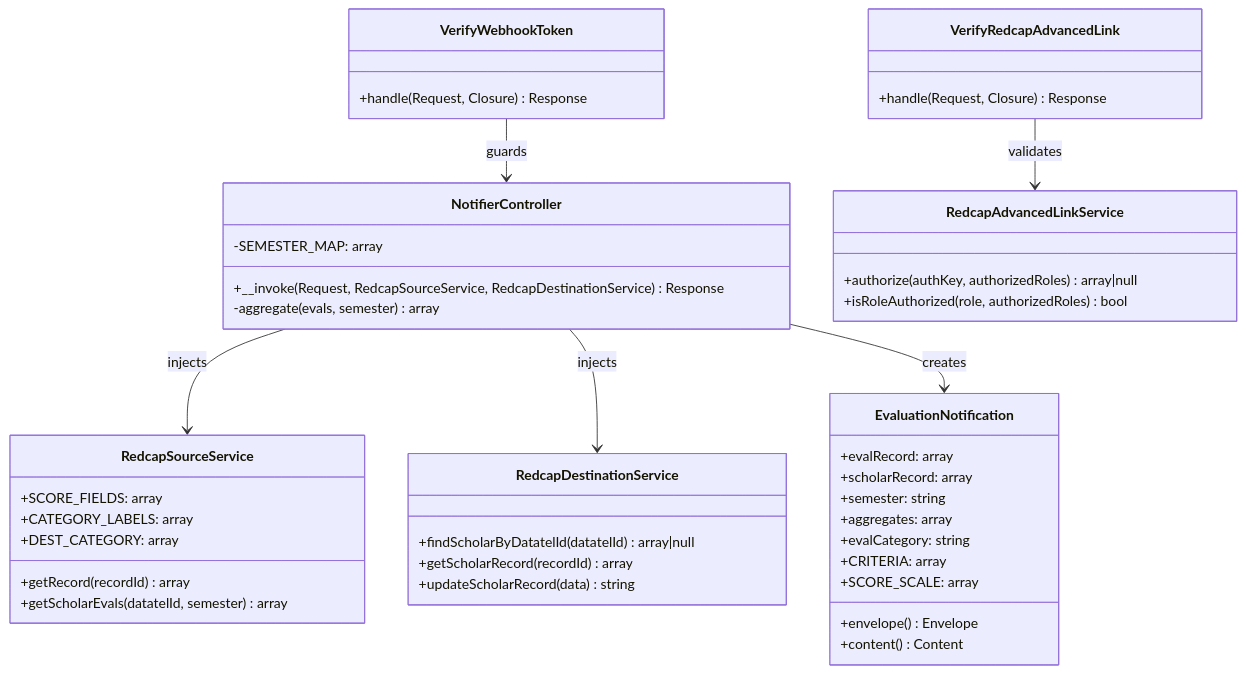
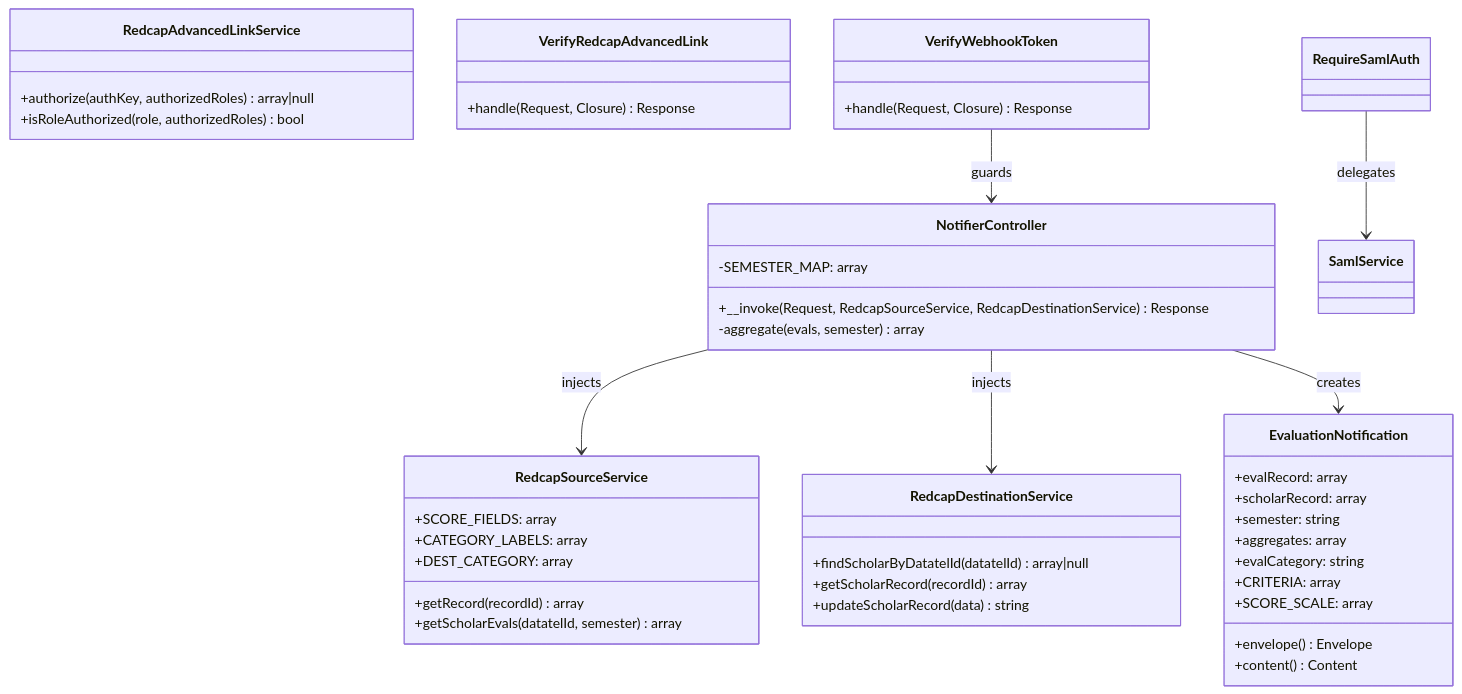
One commit to com-atg/OMM-SE changed the third of 6 diagrams in Docs/architecture.md. Above: the diagram before and after it, drawn with Mermaid. The commit also changed other lines of this file and 22 other files, not shown here.

First line of the commit message:
Add process command, schema updates, and scholar detail enhancements

````diff
--- a/Docs/architecture.md
+++ b/Docs/architecture.md
@@ -68,53 +71,53 @@
 ```mermaid
 classDiagram
     class NotifierController {
         +__invoke(Request, RedcapSourceService, RedcapDestinationService) Response
         -aggregate(evals, semester) array
         -SEMESTER_MAP: array
     }
 
     class RedcapSourceService {
         +getRecord(recordId) array
         +getScholarEvals(datatelId, semester) array
         +SCORE_FIELDS: array
         +CATEGORY_LABELS: array
         +DEST_CATEGORY: array
     }
 
     class RedcapDestinationService {
         +findScholarByDatatelId(datatelId) array|null
         +getScholarRecord(recordId) array
         +updateScholarRecord(data) string
     }
 
     class RedcapAdvancedLinkService {
         +authorize(authKey, authorizedRoles) array|null
         +isRoleAuthorized(role, authorizedRoles) bool
     }
 
     class VerifyRedcapAdvancedLink {
         +handle(Request, Closure) Response
     }
 
     class VerifyWebhookToken {
         +handle(Request, Closure) Response
     }
 
     class EvaluationNotification {
         +evalRecord: array
         +scholarRecord: array
         +semester: string
         +aggregates: array
         +evalCategory: string
         +CRITERIA: array
         +SCORE_SCALE: array
         +envelope() Envelope
         +content() Content
     }
 
     NotifierController --> RedcapSourceService : injects
     NotifierController --> RedcapDestinationService : injects
     NotifierController --> EvaluationNotification : creates
-    VerifyRedcapAdvancedLink --> RedcapAdvancedLinkService : validates
+    RequireSamlAuth --> SamlService : delegates
     VerifyWebhookToken --> NotifierController : guards
 ```
````
